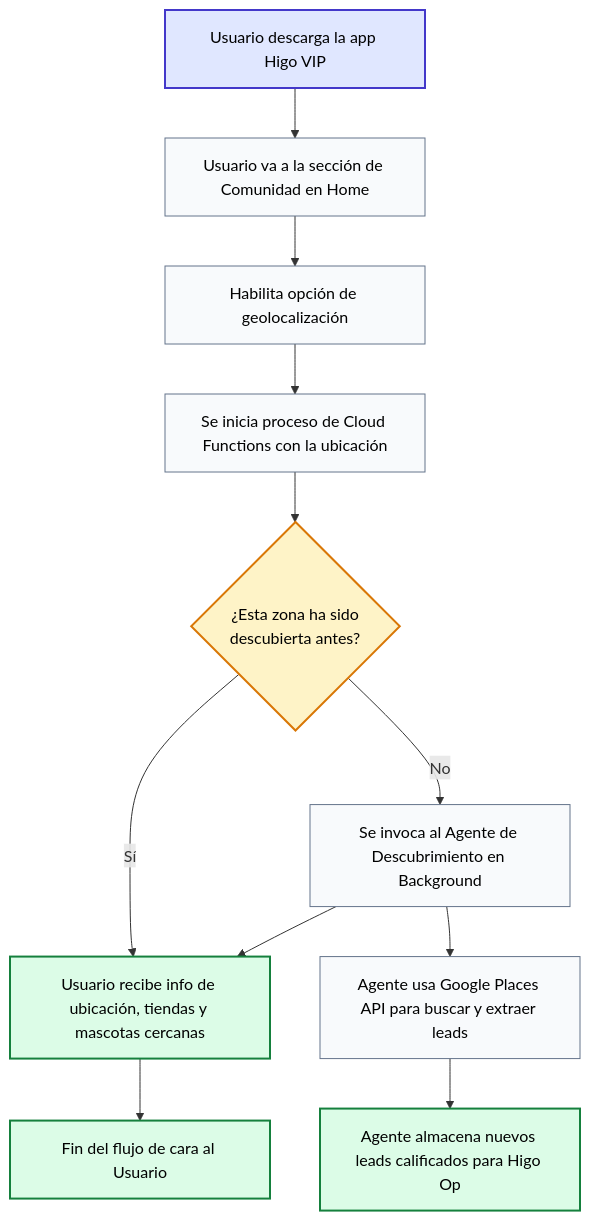
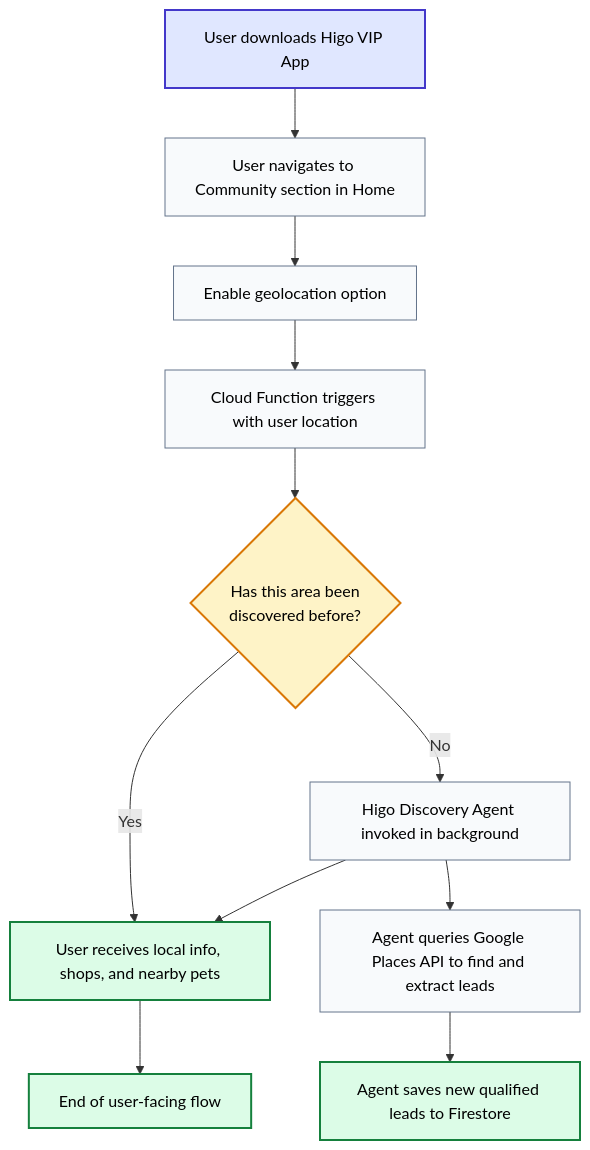
The first of 2 diagrams in README.md (supp-higo/higo-agent), drawn with Mermaid before and after one commit. The commit also changed other lines of this file and 2 other files, not shown here.

````diff
--- a/README.md
+++ b/README.md
@@ -57,24 +57,24 @@
 ```mermaid
 graph TD
     %% Estilos
     classDef trigger fill:#e0e7ff,stroke:#4338ca,stroke-width:2px,color:#000;
     classDef process fill:#f8fafc,stroke:#64748b,stroke-width:1px,color:#000;
     classDef decision fill:#fef3c7,stroke:#d97706,stroke-width:2px,color:#000;
     classDef success fill:#dcfce7,stroke:#15803d,stroke-width:2px,color:#000;
 
-    A[Usuario descarga la app Higo VIP]:::trigger --> B[Usuario va a la sección de Comunidad en Home]:::process
-    B --> C[Habilita opción de geolocalización]:::process
-    C --> D[Se inicia proceso de Cloud Functions con la ubicación]:::process
+    A[User downloads Higo VIP App]:::trigger --> B[User navigates to Community section in Home]:::process
+    B --> C[Enable geolocation option]:::process
+    C --> D[Cloud Function triggers with user location]:::process
     
-    D --> E{¿Esta zona ha sido<br>descubierta antes?}:::decision
+    D --> E{Has this area been<br>discovered before?}:::decision
     
-    E -- No --> F[Se invoca al Agente de Descubrimiento en Background]:::process
-    E -- Sí --> H[Usuario recibe info de ubicación, tiendas y mascotas cercanas]:::success
+    E -- No --> F[Higo Discovery Agent invoked in background]:::process
+    E -- Yes --> H[User receives local info, shops, and nearby pets]:::success
     
     F --> H
-    H --> I[Fin del flujo de cara al Usuario]:::success
+    H --> I[End of user-facing flow]:::success
     
     %% Trabajo asíncrono del agente
-    F --> J[Agente usa Google Places API para buscar y extraer leads]:::process
-    J --> K[Agente almacena nuevos leads calificados para Higo Op]:::success
+    F --> J[Agent queries Google Places API to find and extract leads]:::process
+    J --> K[Agent saves new qualified leads to Firestore]:::success
 ```
````
